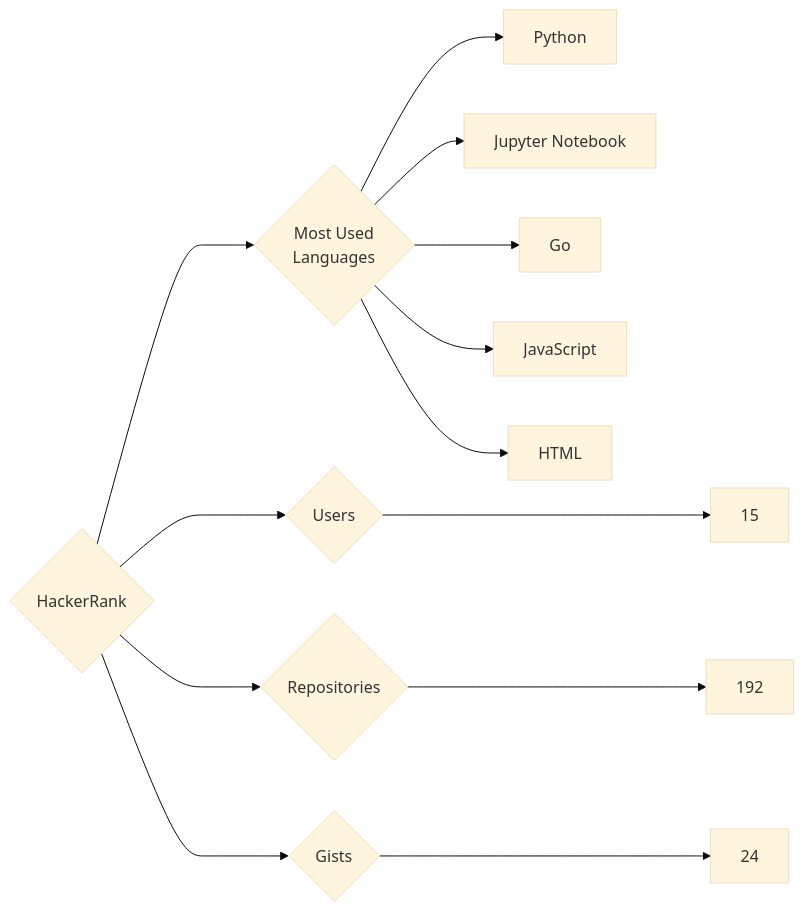
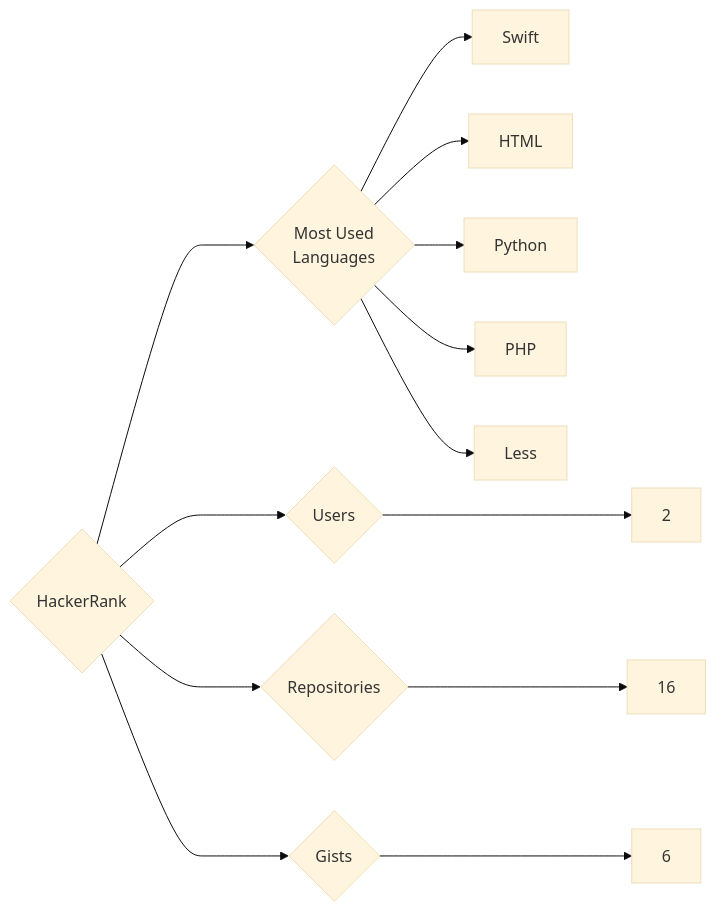
Before and after one commit to trickest/insiders: the diagram in targets/HackerRank/README.md, drawn with Mermaid (base theme). The commit also changed 857 other files, not shown here.

````diff
--- a/targets/HackerRank/README.md
+++ b/targets/HackerRank/README.md
@@ -3,13 +3,13 @@
 ```mermaid
 graph LR
 COMPANY_NAME{HackerRank}
-COMPANY_NAME ---> U{Users} ---> UN[15]
-COMPANY_NAME ---> R{Repositories} ---> RN[192]
-COMPANY_NAME ---> G{Gists} ---> GN[24]
+COMPANY_NAME ---> U{Users} ---> UN[2]
+COMPANY_NAME ---> R{Repositories} ---> RN[16]
+COMPANY_NAME ---> G{Gists} ---> GN[6]
 COMPANY_NAME ---> ML{Most Used<br>Languages}
+ML --> Swift[Swift]
+ML --> HTML[HTML]
 ML --> Python[Python]
-ML --> Jupyter_Notebook[Jupyter Notebook]
-ML --> Go[Go]
-ML --> JavaScript[JavaScript]
-ML --> HTML[HTML]
+ML --> PHP[PHP]
+ML --> Less[Less]
 ```
````
